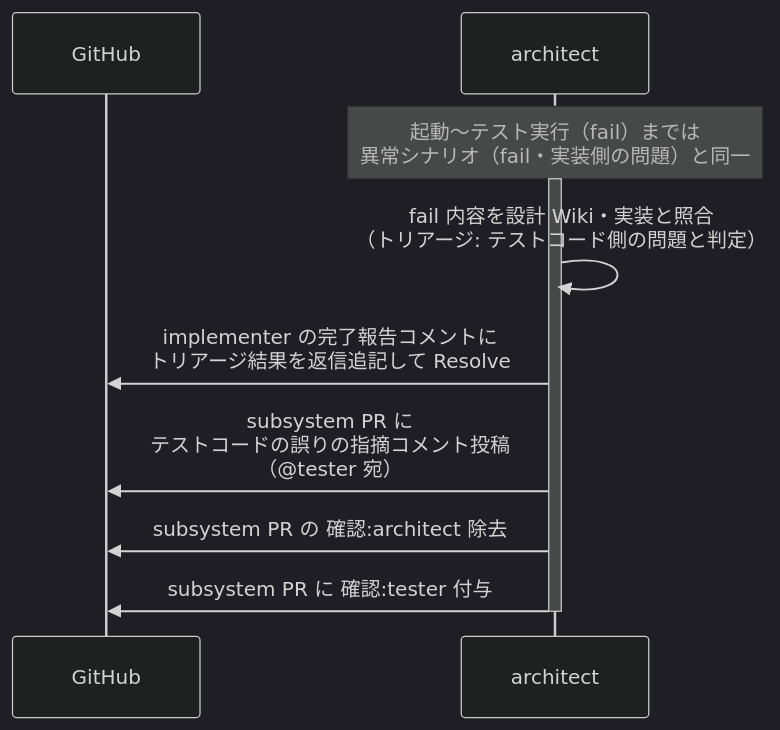
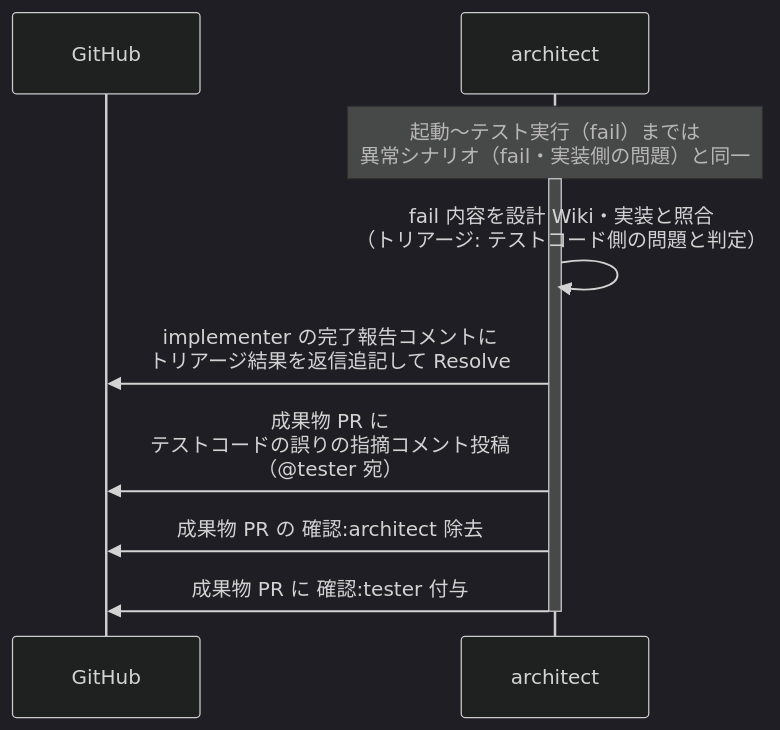
Before and after one commit to shuhei1101/ai-monitor: the fourth of 5 diagrams in docs/wiki/設計図/シナリオ/単一ユースケース/実装レビュー.md, drawn with Mermaid (dark theme). The commit also changed other lines of this file and 256 other files, not shown here.

````diff
--- a/docs/wiki/設計図/シナリオ/単一ユースケース/実装レビュー.md
+++ b/docs/wiki/設計図/シナリオ/単一ユースケース/実装レビュー.md
@@ -153,14 +154,14 @@
 ```mermaid
 sequenceDiagram
   participant GH as GitHub
   participant MON as architect
 
   Note over MON: 起動〜テスト実行（fail）までは<br>異常シナリオ（fail・実装側の問題）と同一
   activate MON
   MON->>MON: fail 内容を設計 Wiki・実装と照合<br>（トリアージ: テストコード側の問題と判定）
   MON->>GH: implementer の完了報告コメントに<br>トリアージ結果を返信追記して Resolve
-  MON->>GH: subsystem PR に<br>テストコードの誤りの指摘コメント投稿<br>（@tester 宛）
-  MON->>GH: subsystem PR の 確認:architect 除去
-  MON->>GH: subsystem PR に 確認:tester 付与
+  MON->>GH: 成果物 PR に<br>テストコードの誤りの指摘コメント投稿<br>（@tester 宛）
+  MON->>GH: 成果物 PR の 確認:architect 除去
+  MON->>GH: 成果物 PR に 確認:tester 付与
   deactivate MON
 ```
````
